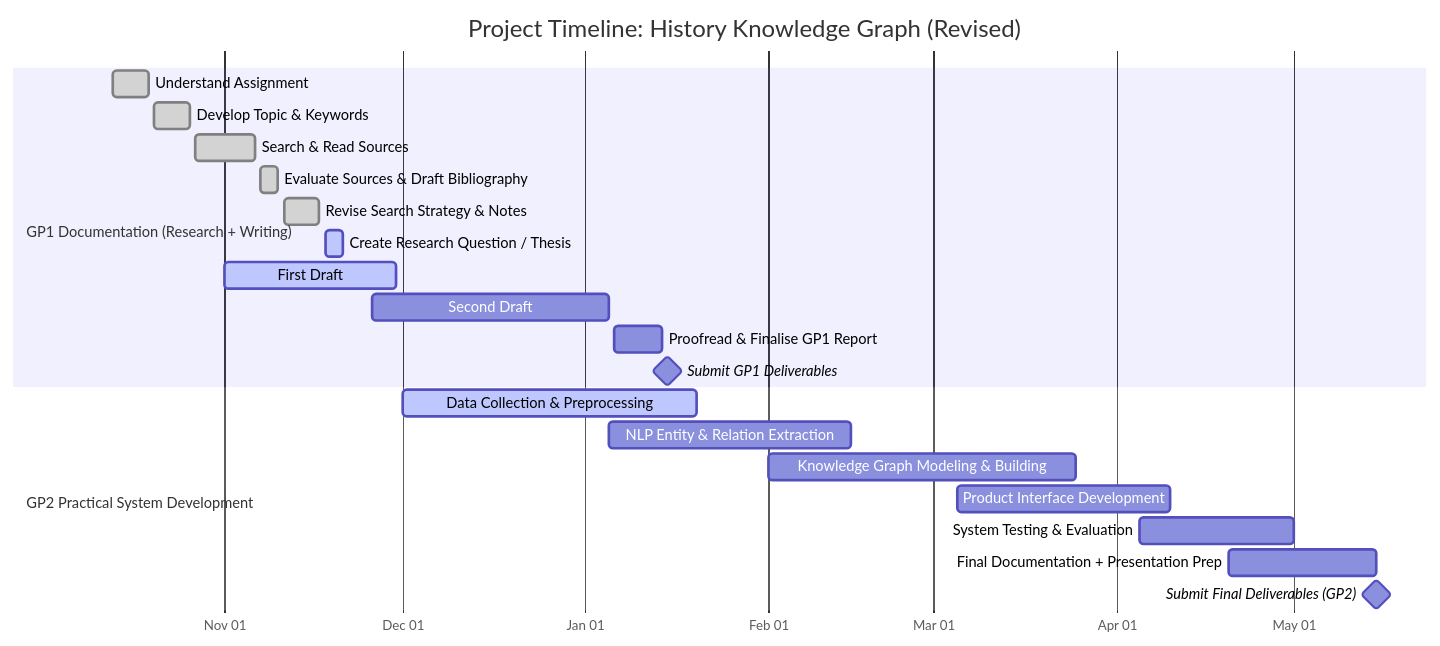
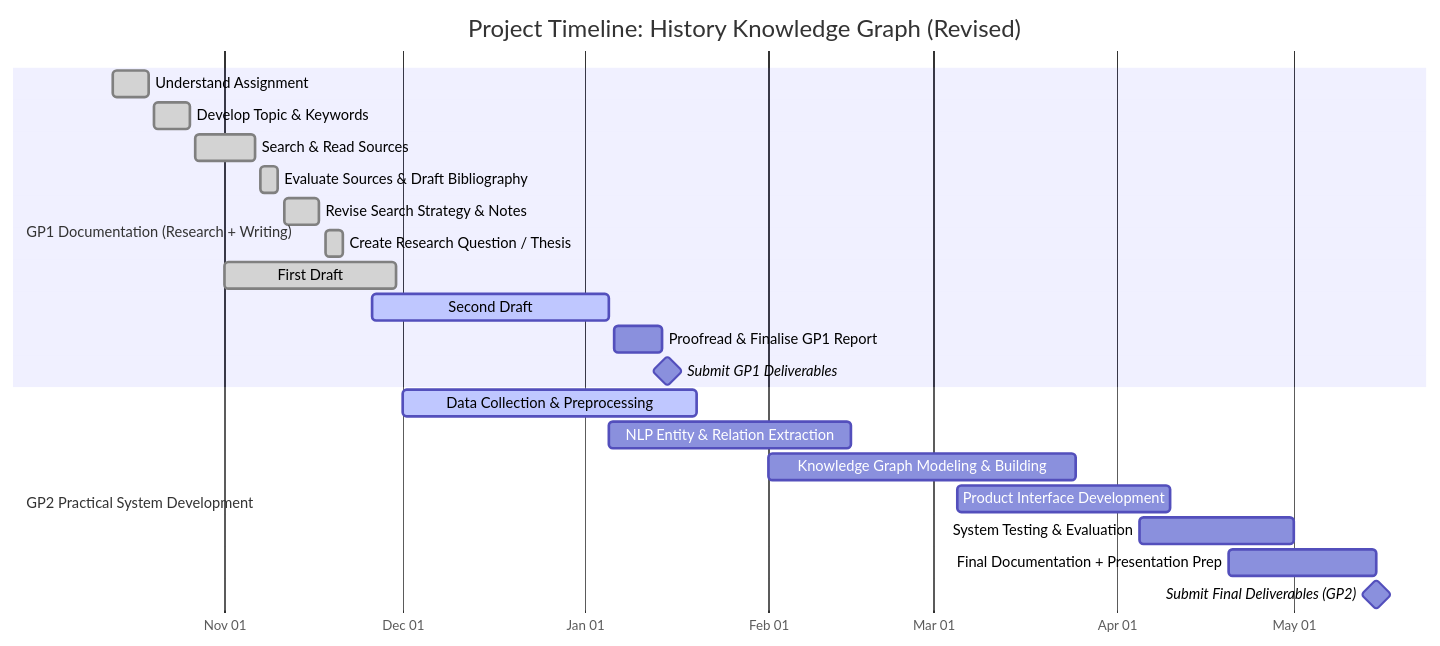
One commit to Mohammad-ALADDASI/ChronoLearn changed the diagram in README.md. Above: the diagram before and after it, drawn with Mermaid.

Commit message:
Update task statuses in README.md

````diff
--- a/README.md
+++ b/README.md
@@ -65,34 +65,34 @@
 ```mermaid
 gantt
     title Project Timeline: History Knowledge Graph (Revised)
     dateFormat  YYYY-MM-DD
     axisFormat  %b %d
 
     %% -------------------------
     %% PHASE 1 — GP1 DOCUMENTATION
     %% -------------------------
     section GP1 Documentation (Research + Writing)
     Understand Assignment                     :done, gp1a, 2025-10-13, 2025-10-19
     Develop Topic & Keywords                  :done, gp1b, 2025-10-20, 2025-10-26
     Search & Read Sources                     :done, gp1c, 2025-10-27, 2025-11-06
     Evaluate Sources & Draft Bibliography     :done, gp1d, 2025-11-07, 2025-11-10
     Revise Search Strategy & Notes            :done, gp1e, 2025-11-11, 2025-11-17
-    Create Research Question / Thesis         :active, gp1f, 2025-11-18, 2025-11-21
+    Create Research Question / Thesis         :done, gp1f, 2025-11-18, 2025-11-21
 
-    First Draft                               :active, gp1g, 2025-11-01, 2025-11-30
-    Second Draft                              :gp1h, 2025-11-26, 2026-01-05
+    First Draft                               :done, gp1g, 2025-11-01, 2025-11-30
+    Second Draft                              :active, 2025-11-26, 2026-01-05
     Proofread & Finalise GP1 Report           :gp1i, 2026-01-06, 2026-01-14
     Submit GP1 Deliverables                   :milestone, gp1m, 2026-01-15, 0d
 
     %% -------------------------
     %% PHASE 2 — GP2 PRACTICAL WORK (starts before GP1 ends)
     %% -------------------------
     section GP2 Practical System Development
     Data Collection & Preprocessing           :active, gp2a, 2025-12-01, 2026-01-20
     NLP Entity & Relation Extraction          :gp2b, 2026-01-05, 2026-02-15
     Knowledge Graph Modeling & Building       :gp2c, 2026-02-01, 2026-03-25
     Product Interface Development              :gp2d, 2026-03-05, 2026-04-10
     System Testing & Evaluation               :gp2e, 2026-04-05, 2026-05-01
     Final Documentation + Presentation Prep   :gp2f, 2026-04-20, 2026-05-15
     Submit Final Deliverables (GP2)           :milestone, gp2m, 2026-05-15, 0d
 ```
````
